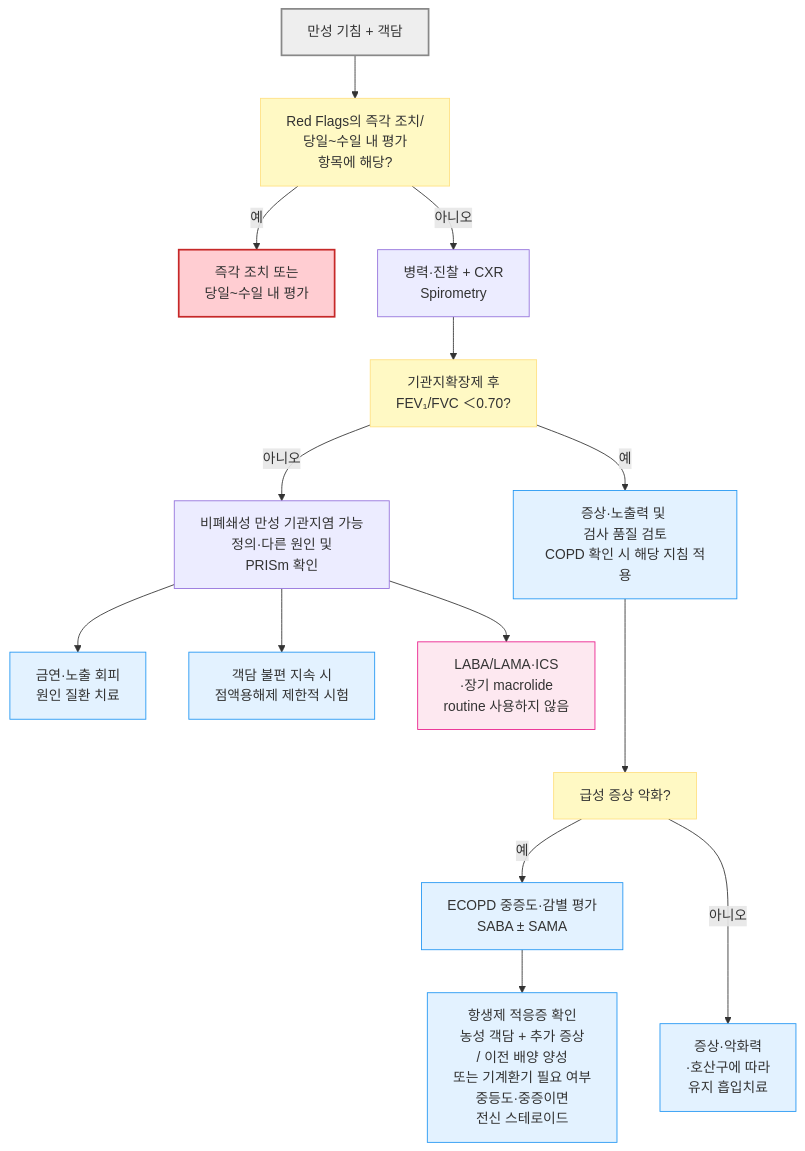
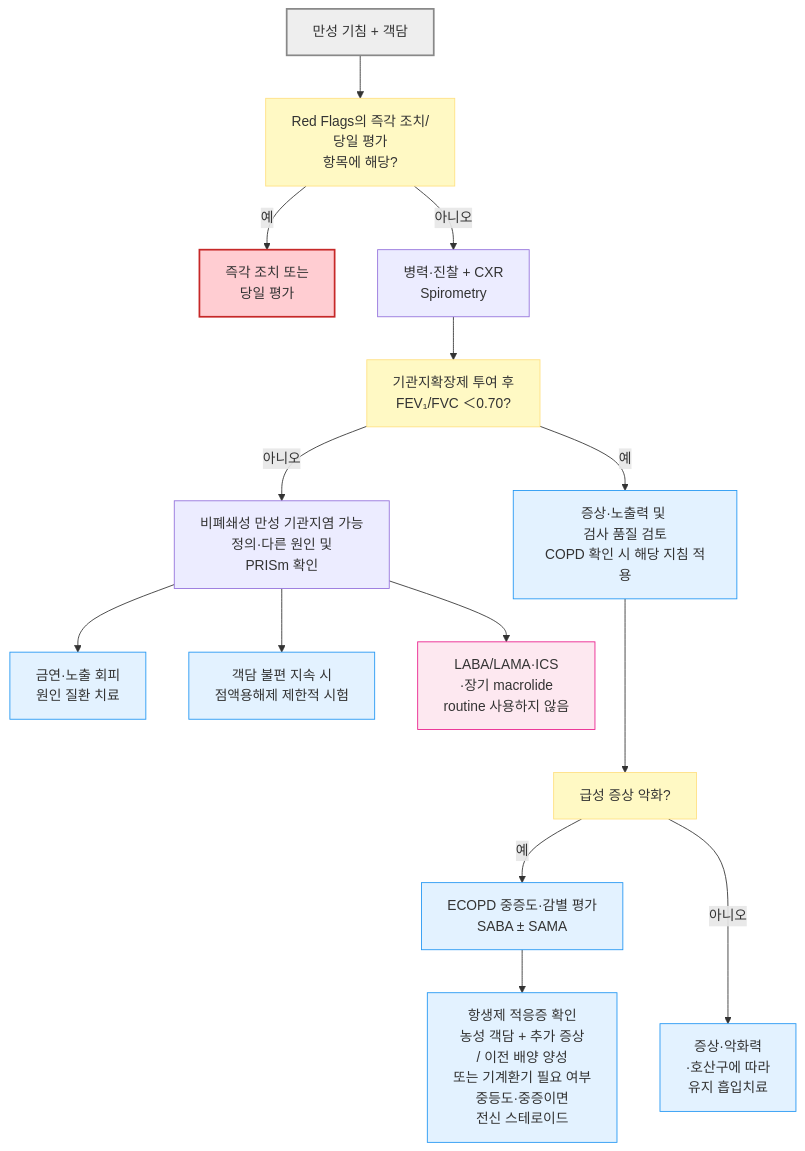
Before and after one commit to familyoh77/familyoh77: the diagram in 223_/067_-chronic-bronchitis.md, drawn with Mermaid. The commit also changed other lines of this file, not shown here.

````diff
--- a/223_/067_-chronic-bronchitis.md
+++ b/223_/067_-chronic-bronchitis.md
@@ -97,24 +97,24 @@
 ```mermaid
 flowchart TD
-    A["만성 기침 + 객담"] --> B["Red Flags의 즉각 조치/<br/>당일~수일 내 평가 <br/>항목에 해당?"]
-    B -- "예" --> C["즉각 조치 또는<br/>당일~수일 내 평가"]
+    A["만성 기침 + 객담"] --> B["Red Flags의 즉각 조치/<br/>당일 평가 <br/>항목에 해당?"]
+    B -- "예" --> C["즉각 조치 또는<br/>당일 평가"]
     B -- "아니오" --> D["병력·진찰 + CXR<br/>Spirometry"]
-    D --> E["기관지확장제 후<br/>FEV₁/FVC ＜0.70?"]
+    D --> E["기관지확장제 투여 후<br/>FEV₁/FVC ＜0.70?"]
     E -- "예" --> F["증상·노출력 및 <br/>검사 품질 검토<br/>COPD 확인 시 해당 지침 적용"]
     E -- "아니오" --> G["비폐쇄성 만성 기관지염 가능<br/>정의·다른 원인 및 <br/>PRISm 확인"]
     G --> H["금연·노출 회피<br/>원인 질환 치료"]
     G --> I["객담 불편 지속 시<br/>점액용해제 제한적 시험"]
     G --> J["LABA/LAMA·ICS<br/>·장기 macrolide<br/>routine 사용하지 않음"]
     F ---> K["급성 증상 악화?"]
     K -- "예" --> L["ECOPD 중증도·감별 평가<br/>SABA ± SAMA"]
     K -- "아니오" ---> M["증상·악화력<br/>·호산구에 따라<br/>유지 흡입치료"]
     L --> N["항생제 적응증 확인<br/>농성 객담 + 추가 증상 <br/>/ 이전 배양 양성<br/>또는 기계환기 필요 여부<br/>중등도·중증이면 <br/>전신 스테로이드"]
 style A fill:#eeeeee,stroke:#888888,stroke-width:2px
 classDef yellow fill:#fff9c4,stroke:#ffe082
 class B,E,K yellow
 classDef L_red fill:#ffcdd2,stroke:#c62828,stroke-width:2px
 class C L_red
 classDef sky fill:#e3f2ff,stroke:#2196f3
 class F,H,I,L,M,N sky
 style J fill:#fde8f0,stroke:#e91e8c
 ```
````
